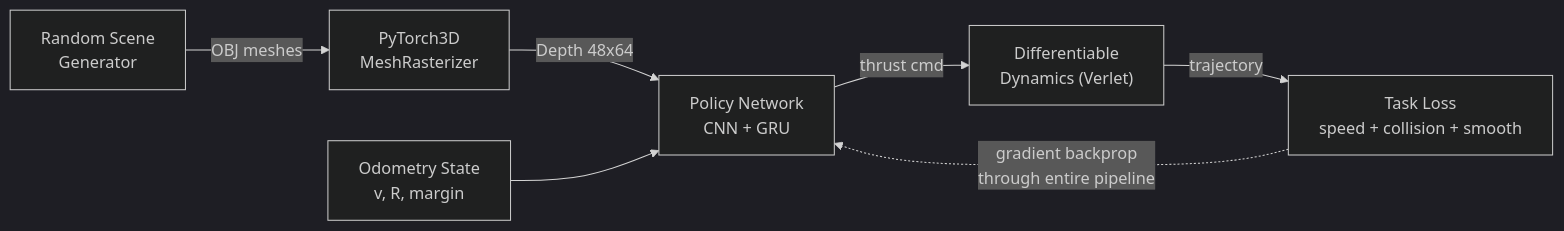
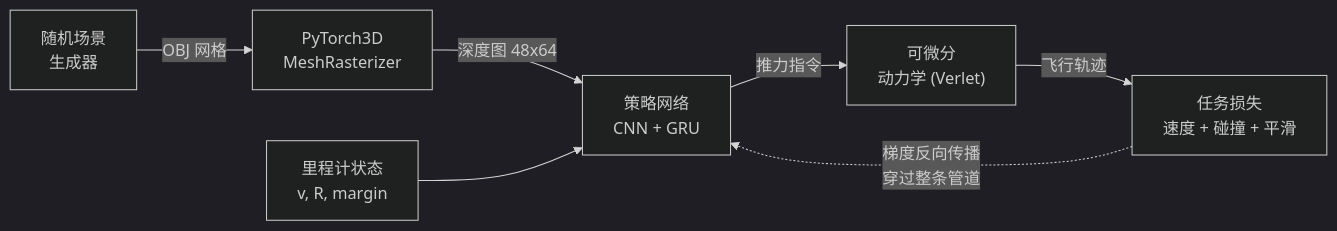
Before and after one commit to kirkchinese/Diffable_Drone_Pytorch3D: the first of 2 diagrams in README.md, drawn with Mermaid (dark theme). The commit also changed other lines of this file and 3 other files, not shown here.

````diff
--- a/README.md
+++ b/README.md
@@ -91,9 +103,9 @@
 ```mermaid
 graph LR
-    Scene["Random Scene<br/>Generator"] -->|"OBJ meshes"| Render["PyTorch3D<br/>MeshRasterizer"]
-    Render -->|"Depth 48x64"| Policy["Policy Network<br/>CNN + GRU"]
-    Odometry["Odometry State<br/>v, R, margin"] --> Policy
-    Policy -->|"thrust cmd"| Physics["Differentiable<br/>Dynamics (Verlet)"]
-    Physics -->|"trajectory"| Loss["Task Loss<br/>speed + collision + smooth"]
-    Loss -.->|"gradient backprop<br/>through entire pipeline"| Policy
+    Scene["随机场景<br/>生成器"] -->|"OBJ 网格"| Render["PyTorch3D<br/>MeshRasterizer"]
+    Render -->|"深度图 48x64"| Policy["策略网络<br/>CNN + GRU"]
+    Odometry["里程计状态<br/>v, R, margin"] --> Policy
+    Policy -->|"推力指令"| Physics["可微分<br/>动力学 (Verlet)"]
+    Physics -->|"飞行轨迹"| Loss["任务损失<br/>速度 + 碰撞 + 平滑"]
+    Loss -.->|"梯度反向传播<br/>穿过整条管道"| Policy
 ```
````
